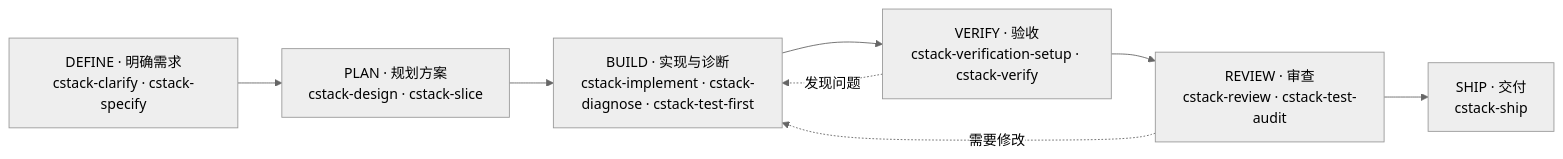
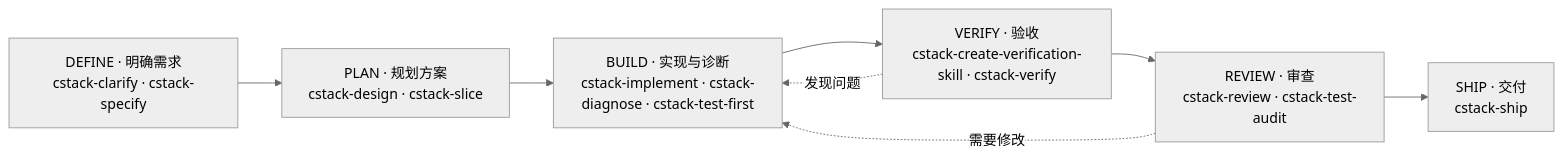
Before and after one commit to calvingit/cstack: the diagram in README.md, drawn with Mermaid (neutral theme). The commit also changed other lines of this file and 13 other files, not shown here.

First line of the commit message:
Rename cstack-project-setup and cstack-verification-setup to create-* names.

````diff
--- a/README.md
+++ b/README.md
@@ -5,10 +5,10 @@
 ```mermaid
 flowchart LR
     DEFINE["DEFINE · 明确需求<br/>cstack-clarify · cstack-specify"] --> PLAN["PLAN · 规划方案<br/>cstack-design · cstack-slice"]
     PLAN --> BUILD["BUILD · 实现与诊断<br/>cstack-implement · cstack-diagnose · cstack-test-first"]
-    BUILD --> VERIFY["VERIFY · 验收<br/>cstack-verification-setup · cstack-verify"]
+    BUILD --> VERIFY["VERIFY · 验收<br/>cstack-create-verification-skill · cstack-verify"]
     VERIFY --> REVIEW["REVIEW · 审查<br/>cstack-review · cstack-test-audit"]
     REVIEW --> SHIP["SHIP · 交付<br/>cstack-ship"]
     VERIFY -. 发现问题 .-> BUILD
     REVIEW -. 需要修改 .-> BUILD
 ```
````
